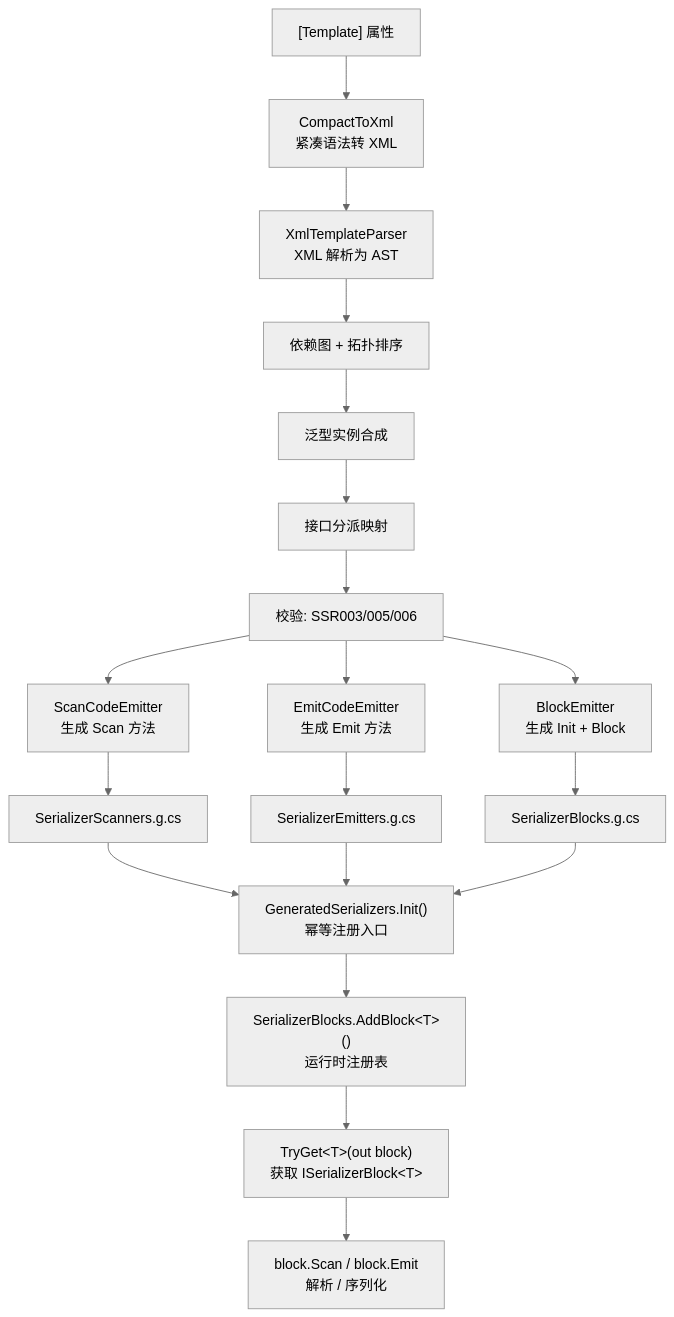
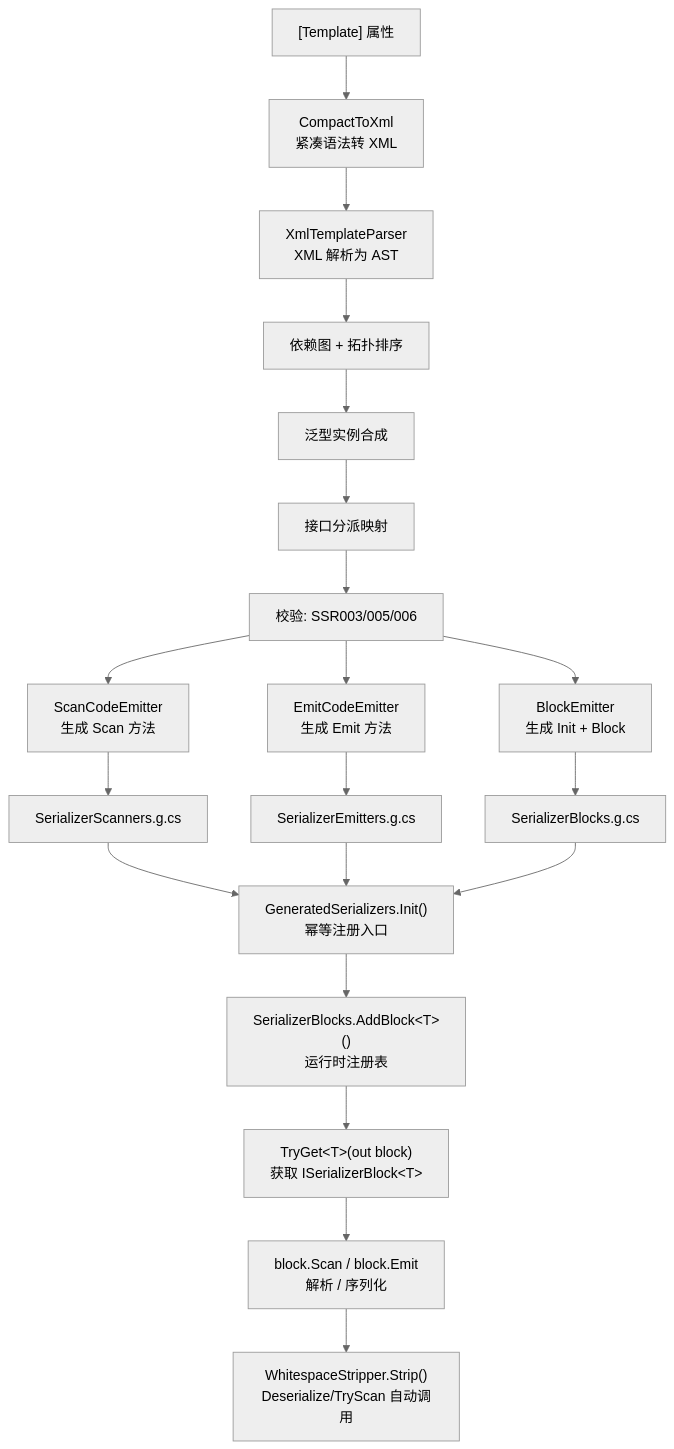
Before and after one commit to twds0x13/SourceSerializer: the first of 2 diagrams in docs/guide/core-concepts.md, drawn with Mermaid (neutral theme). The commit also changed other lines of this file and 8 other files, not shown here.

````diff
--- a/docs/guide/core-concepts.md
+++ b/docs/guide/core-concepts.md
@@ -9,21 +9,22 @@
 ```mermaid
 flowchart TD
     A["[Template] 属性"] --> B["CompactToXml<br/>紧凑语法转 XML"]
     B --> C["XmlTemplateParser<br/>XML 解析为 AST"]
     C --> D["依赖图 + 拓扑排序"]
     D --> E["泛型实例合成"]
     E --> F["接口分派映射"]
     F --> G["校验: SSR003/005/006"]
     G --> H["ScanCodeEmitter<br/>生成 Scan 方法"]
     G --> I["EmitCodeEmitter<br/>生成 Emit 方法"]
     G --> J["BlockEmitter<br/>生成 Init + Block"]
     H --> K["SerializerScanners.g.cs"]
     I --> L["SerializerEmitters.g.cs"]
     J --> M["SerializerBlocks.g.cs"]
     K --> N["GeneratedSerializers.Init()<br/>幂等注册入口"]
     L --> N
     M --> N
     N --> O["SerializerBlocks.AddBlock&lt;T&gt;()<br/>运行时注册表"]
     O --> P["TryGet&lt;T&gt;(out block)<br/>获取 ISerializerBlock&lt;T&gt;"]
     P --> Q["block.Scan / block.Emit<br/>解析 / 序列化"]
+    Q --> R["WhitespaceStripper.Strip()<br/>Deserialize/TryScan 自动调用"]
 ```
````
